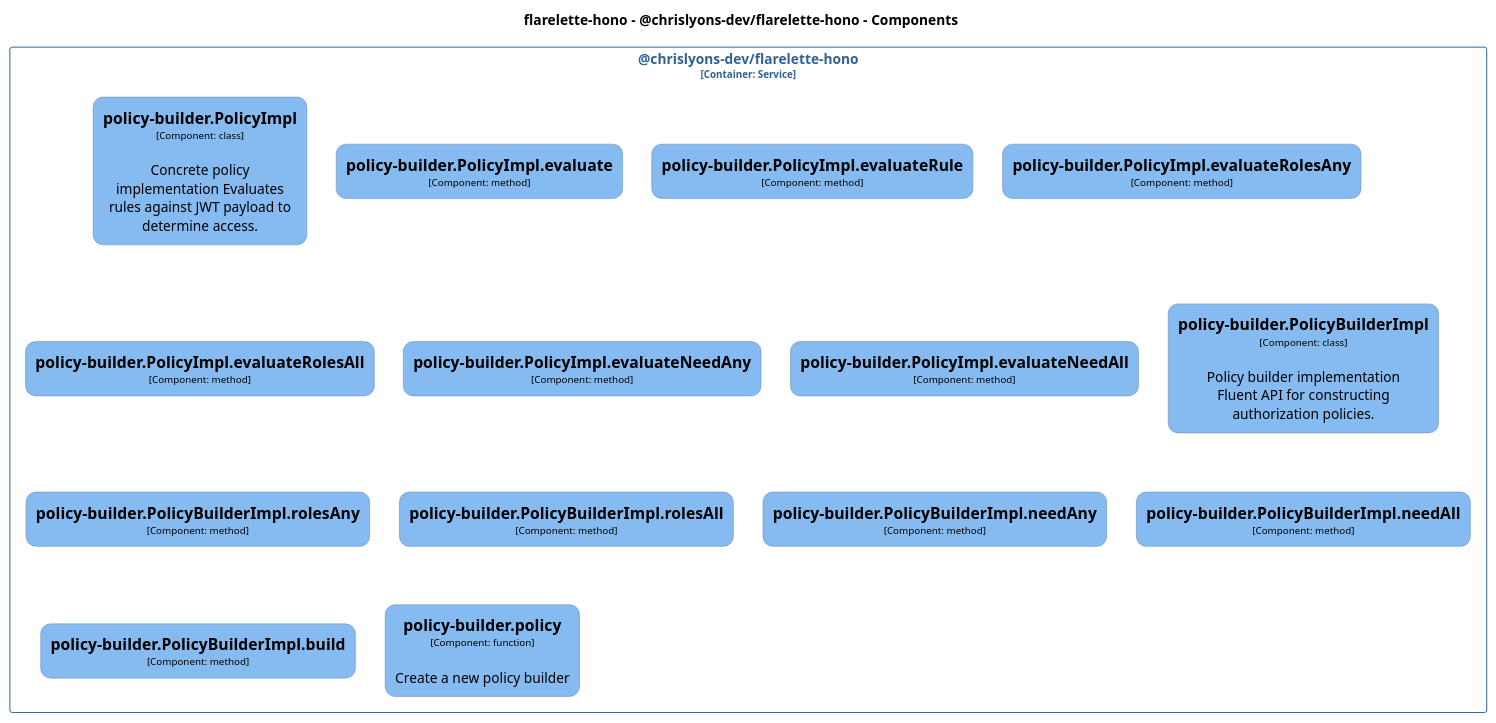
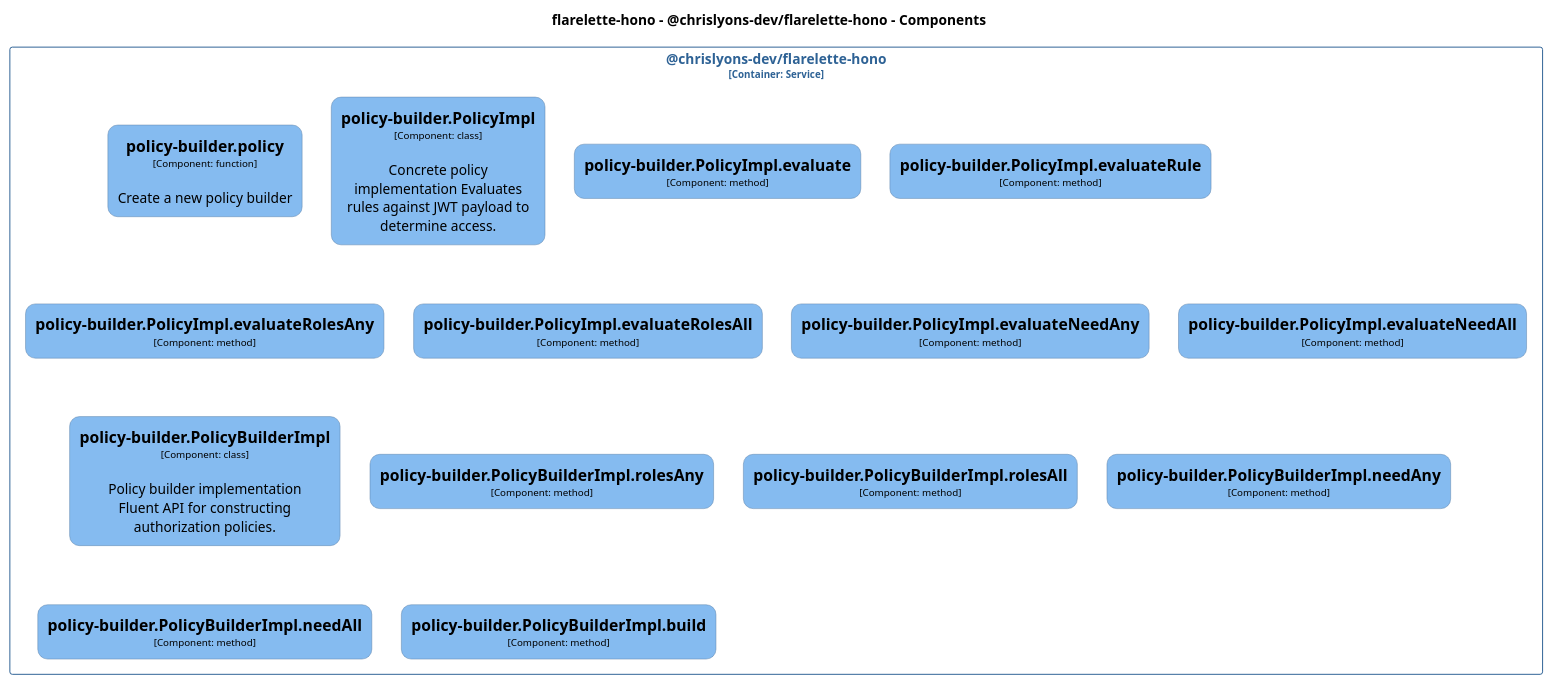
Before and after one commit to chrislyons-dev/flarelette-hono: the diagram in docs/architecture/diagrams/plantuml/structurizr-Classes_chrislyons_dev_flarelette_hono__policy_builder.puml, drawn with PlantUML. The commit also changed other lines of this file and 25 other files, not shown here.

```diff
--- a/docs/architecture/diagrams/plantuml/structurizr-Classes_chrislyons_dev_flarelette_hono__policy_builder.puml
+++ b/docs/architecture/diagrams/plantuml/structurizr-Classes_chrislyons_dev_flarelette_hono__policy_builder.puml
@@ -1,140 +1,140 @@
 @startuml
 set separator none
 title flarelette-hono - @chrislyons-dev/flarelette-hono - Components
 
 top to bottom direction
 skinparam ranksep 60
 skinparam nodesep 30
 
 skinparam {
   arrowFontSize 10
   defaultTextAlignment center
   wrapWidth 200
   maxMessageSize 100
   defaultFontName "Arial"
 }
 
 hide stereotype
 
 skinparam rectangle<<flarelettehono.chrislyonsdevflarelettehono.policybuilderPolicyBuilderImpl>> {
   BackgroundColor #85bbf0
   FontColor #000000
   BorderColor #5d82a8
   roundCorner 20
   shadowing false
 }
 skinparam rectangle<<flarelettehono.chrislyonsdevflarelettehono.policybuilderPolicyBuilderImplbuild>> {
   BackgroundColor #85bbf0
   FontColor #000000
   BorderColor #5d82a8
   roundCorner 20
   shadowing false
 }
 skinparam rectangle<<flarelettehono.chrislyonsdevflarelettehono.policybuilderPolicyBuilderImplneedAll>> {
   BackgroundColor #85bbf0
   FontColor #000000
   BorderColor #5d82a8
   roundCorner 20
   shadowing false
 }
 skinparam rectangle<<flarelettehono.chrislyonsdevflarelettehono.policybuilderPolicyBuilderImplneedAny>> {
   BackgroundColor #85bbf0
   FontColor #000000
   BorderColor #5d82a8
   roundCorner 20
   shadowing false
 }
 skinparam rectangle<<flarelettehono.chrislyonsdevflarelettehono.policybuilderPolicyBuilderImplrolesAll>> {
   BackgroundColor #85bbf0
   FontColor #000000
   BorderColor #5d82a8
   roundCorner 20
   shadowing false
 }
 skinparam rectangle<<flarelettehono.chrislyonsdevflarelettehono.policybuilderPolicyBuilderImplrolesAny>> {
   BackgroundColor #85bbf0
   FontColor #000000
   BorderColor #5d82a8
   roundCorner 20
   shadowing false
 }
 skinparam rectangle<<flarelettehono.chrislyonsdevflarelettehono.policybuilderPolicyImpl>> {
   BackgroundColor #85bbf0
   FontColor #000000
   BorderColor #5d82a8
   roundCorner 20
   shadowing false
 }
 skinparam rectangle<<flarelettehono.chrislyonsdevflarelettehono.policybuilderPolicyImplevaluate>> {
   BackgroundColor #85bbf0
   FontColor #000000
   BorderColor #5d82a8
   roundCorner 20
   shadowing false
 }
 skinparam rectangle<<flarelettehono.chrislyonsdevflarelettehono.policybuilderPolicyImplevaluateNeedAll>> {
   BackgroundColor #85bbf0
   FontColor #000000
   BorderColor #5d82a8
   roundCorner 20
   shadowing false
 }
 skinparam rectangle<<flarelettehono.chrislyonsdevflarelettehono.policybuilderPolicyImplevaluateNeedAny>> {
   BackgroundColor #85bbf0
   FontColor #000000
   BorderColor #5d82a8
   roundCorner 20
   shadowing false
 }
 skinparam rectangle<<flarelettehono.chrislyonsdevflarelettehono.policybuilderPolicyImplevaluateRolesAll>> {
   BackgroundColor #85bbf0
   FontColor #000000
   BorderColor #5d82a8
   roundCorner 20
   shadowing false
 }
 skinparam rectangle<<flarelettehono.chrislyonsdevflarelettehono.policybuilderPolicyImplevaluateRolesAny>> {
   BackgroundColor #85bbf0
   FontColor #000000
   BorderColor #5d82a8
   roundCorner 20
   shadowing false
 }
 skinparam rectangle<<flarelettehono.chrislyonsdevflarelettehono.policybuilderPolicyImplevaluateRule>> {
   BackgroundColor #85bbf0
   FontColor #000000
   BorderColor #5d82a8
   roundCorner 20
   shadowing false
 }
 skinparam rectangle<<flarelettehono.chrislyonsdevflarelettehono.policybuilderpolicy>> {
   BackgroundColor #85bbf0
   FontColor #000000
   BorderColor #5d82a8
   roundCorner 20
   shadowing false
 }
 skinparam rectangle<<flarelettehono.chrislyonsdevflarelettehono>> {
   BorderColor #2e6295
   FontColor #2e6295
   shadowing false
 }
 
 rectangle "@chrislyons-dev/flarelette-hono\n<size:10>[Container: Service]</size>" <<flarelettehono.chrislyonsdevflarelettehono>> {
+  rectangle "==policy-builder.policy\n<size:10>[Component: function]</size>\n\nCreate a new policy builder" <<flarelettehono.chrislyonsdevflarelettehono.policybuilderpolicy>> as flarelettehono.chrislyonsdevflarelettehono.policybuilderpolicy
   rectangle "==policy-builder.PolicyImpl\n<size:10>[Component: class]</size>\n\nConcrete policy implementation Evaluates rules against JWT payload to determine access." <<flarelettehono.chrislyonsdevflarelettehono.policybuilderPolicyImpl>> as flarelettehono.chrislyonsdevflarelettehono.policybuilderPolicyImpl
   rectangle "==policy-builder.PolicyImpl.evaluate\n<size:10>[Component: method]</size>" <<flarelettehono.chrislyonsdevflarelettehono.policybuilderPolicyImplevaluate>> as flarelettehono.chrislyonsdevflarelettehono.policybuilderPolicyImplevaluate
   rectangle "==policy-builder.PolicyImpl.evaluateRule\n<size:10>[Component: method]</size>" <<flarelettehono.chrislyonsdevflarelettehono.policybuilderPolicyImplevaluateRule>> as flarelettehono.chrislyonsdevflarelettehono.policybuilderPolicyImplevaluateRule
   rectangle "==policy-builder.PolicyImpl.evaluateRolesAny\n<size:10>[Component: method]</size>" <<flarelettehono.chrislyonsdevflarelettehono.policybuilderPolicyImplevaluateRolesAny>> as flarelettehono.chrislyonsdevflarelettehono.policybuilderPolicyImplevaluateRolesAny
   rectangle "==policy-builder.PolicyImpl.evaluateRolesAll\n<size:10>[Component: method]</size>" <<flarelettehono.chrislyonsdevflarelettehono.policybuilderPolicyImplevaluateRolesAll>> as flarelettehono.chrislyonsdevflarelettehono.policybuilderPolicyImplevaluateRolesAll
   rectangle "==policy-builder.PolicyImpl.evaluateNeedAny\n<size:10>[Component: method]</size>" <<flarelettehono.chrislyonsdevflarelettehono.policybuilderPolicyImplevaluateNeedAny>> as flarelettehono.chrislyonsdevflarelettehono.policybuilderPolicyImplevaluateNeedAny
   rectangle "==policy-builder.PolicyImpl.evaluateNeedAll\n<size:10>[Component: method]</size>" <<flarelettehono.chrislyonsdevflarelettehono.policybuilderPolicyImplevaluateNeedAll>> as flarelettehono.chrislyonsdevflarelettehono.policybuilderPolicyImplevaluateNeedAll
   rectangle "==policy-builder.PolicyBuilderImpl\n<size:10>[Component: class]</size>\n\nPolicy builder implementation Fluent API for constructing authorization policies." <<flarelettehono.chrislyonsdevflarelettehono.policybuilderPolicyBuilderImpl>> as flarelettehono.chrislyonsdevflarelettehono.policybuilderPolicyBuilderImpl
   rectangle "==policy-builder.PolicyBuilderImpl.rolesAny\n<size:10>[Component: method]</size>" <<flarelettehono.chrislyonsdevflarelettehono.policybuilderPolicyBuilderImplrolesAny>> as flarelettehono.chrislyonsdevflarelettehono.policybuilderPolicyBuilderImplrolesAny
   rectangle "==policy-builder.PolicyBuilderImpl.rolesAll\n<size:10>[Component: method]</size>" <<flarelettehono.chrislyonsdevflarelettehono.policybuilderPolicyBuilderImplrolesAll>> as flarelettehono.chrislyonsdevflarelettehono.policybuilderPolicyBuilderImplrolesAll
   rectangle "==policy-builder.PolicyBuilderImpl.needAny\n<size:10>[Component: method]</size>" <<flarelettehono.chrislyonsdevflarelettehono.policybuilderPolicyBuilderImplneedAny>> as flarelettehono.chrislyonsdevflarelettehono.policybuilderPolicyBuilderImplneedAny
   rectangle "==policy-builder.PolicyBuilderImpl.needAll\n<size:10>[Component: method]</size>" <<flarelettehono.chrislyonsdevflarelettehono.policybuilderPolicyBuilderImplneedAll>> as flarelettehono.chrislyonsdevflarelettehono.policybuilderPolicyBuilderImplneedAll
   rectangle "==policy-builder.PolicyBuilderImpl.build\n<size:10>[Component: method]</size>" <<flarelettehono.chrislyonsdevflarelettehono.policybuilderPolicyBuilderImplbuild>> as flarelettehono.chrislyonsdevflarelettehono.policybuilderPolicyBuilderImplbuild
-  rectangle "==policy-builder.policy\n<size:10>[Component: function]</size>\n\nCreate a new policy builder" <<flarelettehono.chrislyonsdevflarelettehono.policybuilderpolicy>> as flarelettehono.chrislyonsdevflarelettehono.policybuilderpolicy
 }
 
 @enduml
```
